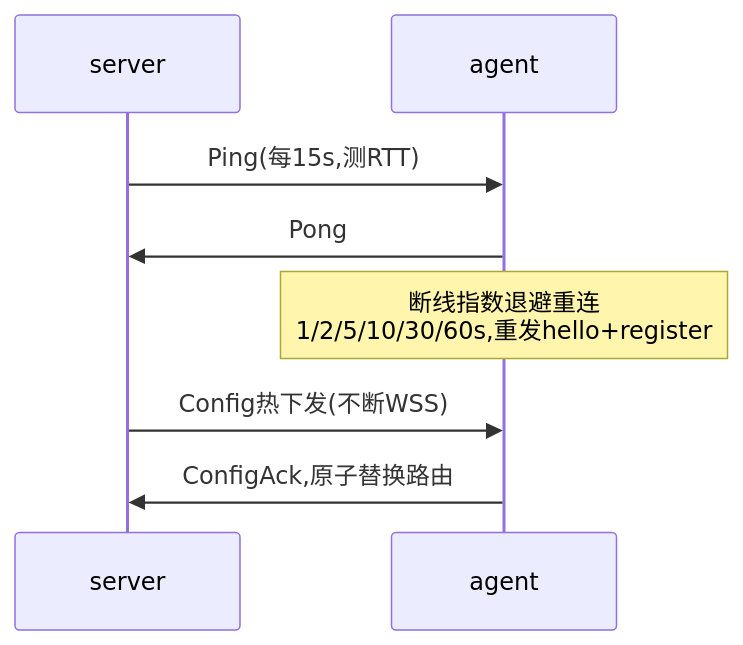
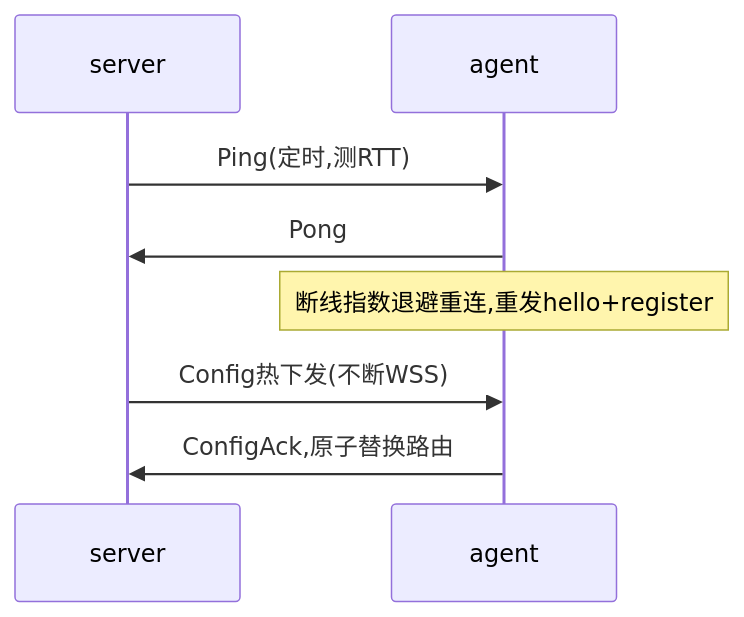
One commit to kkito/neutrino changed the fifth of 5 diagrams in docs/architecture.md. Above: the diagram before and after it, drawn with Mermaid. The commit also changed other lines of this file, not shown here.

Commit message:
docs: 修复mermaid双向箭头语法, 去部署相关具体信息保持通用

````diff
--- a/docs/architecture.md
+++ b/docs/architecture.md
@@ -86,10 +87,10 @@
 ```mermaid
 sequenceDiagram
     participant SR as server
     participant AG as agent
-    SR->>AG: Ping(每15s,测RTT)
+    SR->>AG: Ping(定时,测RTT)
     AG->>SR: Pong
-    Note over AG: 断线指数退避重连<br/>1/2/5/10/30/60s,重发hello+register
+    Note over AG: 断线指数退避重连,重发hello+register
     SR->>AG: Config热下发(不断WSS)
     AG->>SR: ConfigAck,原子替换路由
 ```
````
